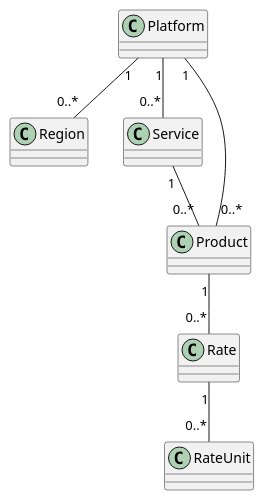
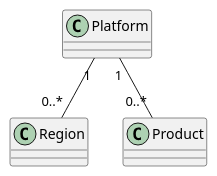
Before and after one commit to huybrechtsxyz/huybrechtsxyz: the diagram in src/website/Huybrechts.Core/Platform/_.plantuml, drawn with PlantUML. The commit also changed 39 other files, not shown here.

Commit message:
Rename service to product

```diff
--- a/src/website/Huybrechts.Core/Platform/_.plantuml
+++ b/src/website/Huybrechts.Core/Platform/_.plantuml
@@ -1,32 +1,21 @@
 @startuml Platform CD
 
 class Platform {
 }
 
 class Region {
 }
 
 Platform "1" -- "0..*" Region
 
-class Service {
-}
-
-Platform "1" -- "0..*" Service
-
 class Product {
 }
 
 Platform "1" -- "0..*" Product
-Service "1" -- "0..*" Product
 
-class Rate {
-}
 
-Product "1" -- "0..*" Rate
 
-class RateUnit {
-}
 
-Rate "1" -- "0..*" RateUnit
+
 
 @enduml
```
